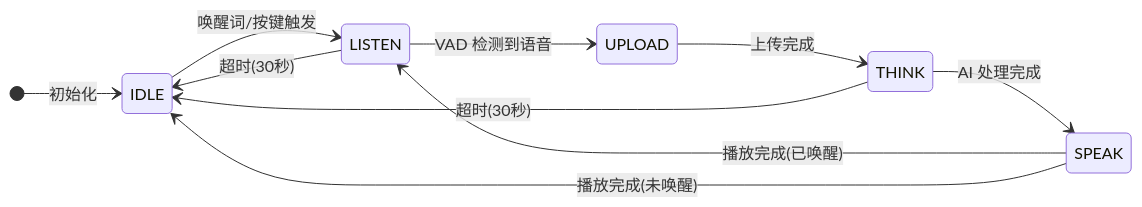
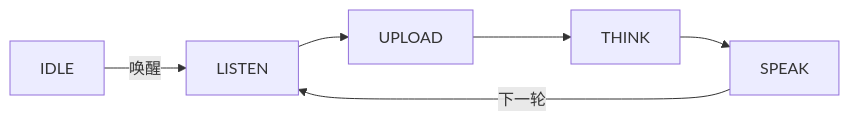
One commit to Tuya-Community/TuyaOpen.io changed the diagram in i18n/zh/docusaurus-plugin-content-docs/current/cloud/device-ai/ai-components/ai-mode-free.md. Above: the diagram before and after it, drawn with Mermaid. The commit also changed other lines of this file and 365 other files, not shown here.

````diff
--- a/i18n/zh/docusaurus-plugin-content-docs/current/cloud/device-ai/ai-components/ai-mode-free.md
+++ b/i18n/zh/docusaurus-plugin-content-docs/current/cloud/device-ai/ai-components/ai-mode-free.md
@@ -54,13 +23,8 @@
 ```mermaid
-stateDiagram-v2
-    direction LR
-    [*] --> IDLE: 初始化
-    IDLE --> LISTEN: 唤醒词/按键触发
-    LISTEN --> UPLOAD: VAD 检测到语音
-    UPLOAD --> THINK: 上传完成
-    THINK --> SPEAK: AI 处理完成
-    SPEAK --> LISTEN: 播放完成(已唤醒)
-    SPEAK --> IDLE: 播放完成(未唤醒)
-    LISTEN --> IDLE: 超时(30秒)
-    THINK --> IDLE: 超时(30秒)
+flowchart LR
+    IDLE -->|唤醒| LISTEN
+    LISTEN --> UPLOAD
+    UPLOAD --> THINK
+    THINK --> SPEAK
+    SPEAK -->|下一轮| LISTEN
 ```
````
